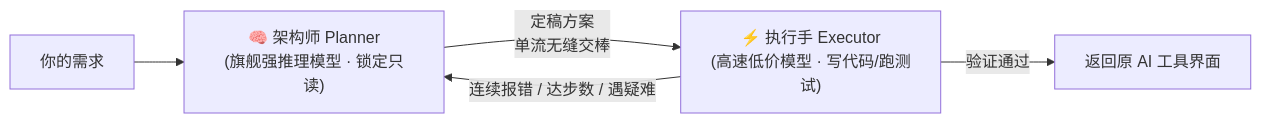
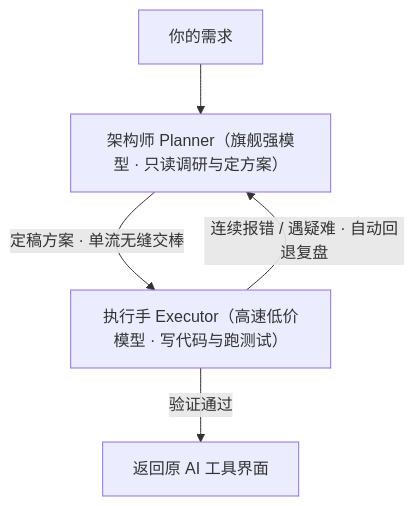
Before and after one commit to EasonMWS/InnerHop: the diagram in README.md, drawn with Mermaid.

Commit message:
docs: fix Mermaid flowchart layout overlap on GitHub README

````diff
--- a/README.md
+++ b/README.md
@@ -7,7 +7,7 @@
 ```mermaid
-flowchart LR
-    U["你的需求"] --> P["🧠 架构师 Planner<br/>(旗舰强推理模型 · 锁定只读)"]
-    P -- "定稿方案<br/>单流无缝交棒" --> E["⚡ 执行手 Executor<br/>(高速低价模型 · 写代码/跑测试)"]
-    E -- "连续报错 / 达步数 / 遇疑难" --> P
+flowchart TD
+    U["你的需求"] --> P["架构师 Planner（旗舰强模型 · 只读调研与定方案）"]
+    P -- "定稿方案 · 单流无缝交棒" --> E["执行手 Executor（高速低价模型 · 写代码与跑测试）"]
+    E -- "连续报错 / 遇疑难 · 自动回退复盘" --> P
     E -- "验证通过" --> D["返回原 AI 工具界面"]
 ```
````
